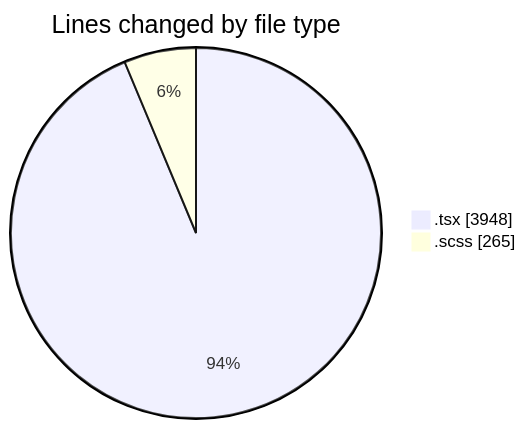
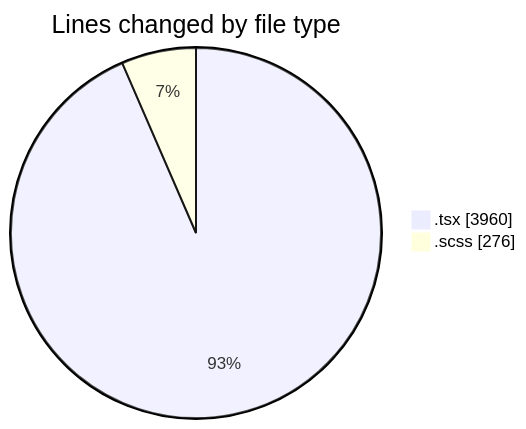
One commit to momahboobian/code-tracking changed the first of 2 diagrams in 2025-11-11/cda/README.md. Above: the diagram before and after it, drawn with Mermaid. The commit also changed other lines of this file and 1 other file, not shown here.

````diff
--- a/2025-11-11/cda/README.md
+++ b/2025-11-11/cda/README.md
@@ -25,6 +25,6 @@
 ```mermaid
 pie showData
 title Lines changed by file type
-".tsx" : 3948
-".scss" : 265
+".tsx" : 3960
+".scss" : 276
 ```
````
